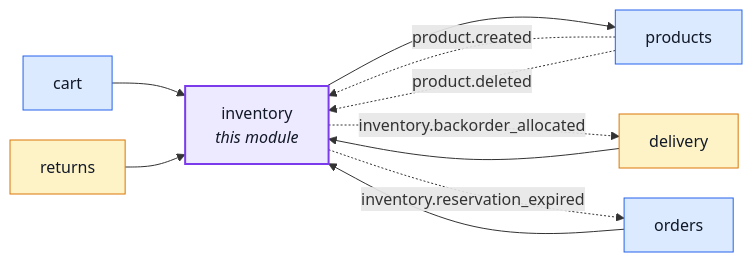
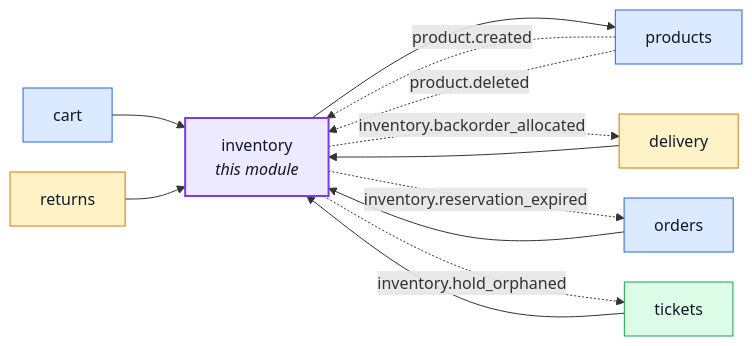
The first of 2 diagrams in docs/modules/inventory.md (Guebbit/boilerplate-node-backend), drawn with Mermaid before and after one commit. The commit also changed 52 other files, not shown here.

````diff
--- a/docs/modules/inventory.md
+++ b/docs/modules/inventory.md
@@ -18,28 +18,32 @@
 ```mermaid
 %%{init: {'flowchart': {'nodeSpacing': 30, 'rankSpacing': 60}}}%%
 flowchart LR
     inventory["inventory<br/><i>this module</i>"]
     cart["cart"]
     delivery["delivery"]
     orders["orders"]
     products["products"]
     returns["returns"]
+    tickets["tickets"]
 
     cart --> inventory
     delivery --> inventory
     orders --> inventory
     returns --> inventory
+    tickets --> inventory
     inventory --> products
     products -. "product.created" .-> inventory
     products -. "product.deleted" .-> inventory
     inventory -. "inventory.backorder_allocated" .-> delivery
     inventory -. "inventory.reservation_expired" .-> orders
+    inventory -. "inventory.hold_orphaned" .-> tickets
 
     classDef core fill:#dbeafe,stroke:#2563eb,color:#111827;
     classDef supporting fill:#fef3c7,stroke:#d97706,color:#111827;
     classDef generic fill:#dcfce7,stroke:#16a34a,color:#111827;
     classDef centre fill:#ede9fe,stroke:#7c3aed,stroke-width:2px,color:#111827;
     class cart,orders,products core;
     class delivery,returns supporting;
+    class tickets generic;
     class inventory centre;
 ```
````
